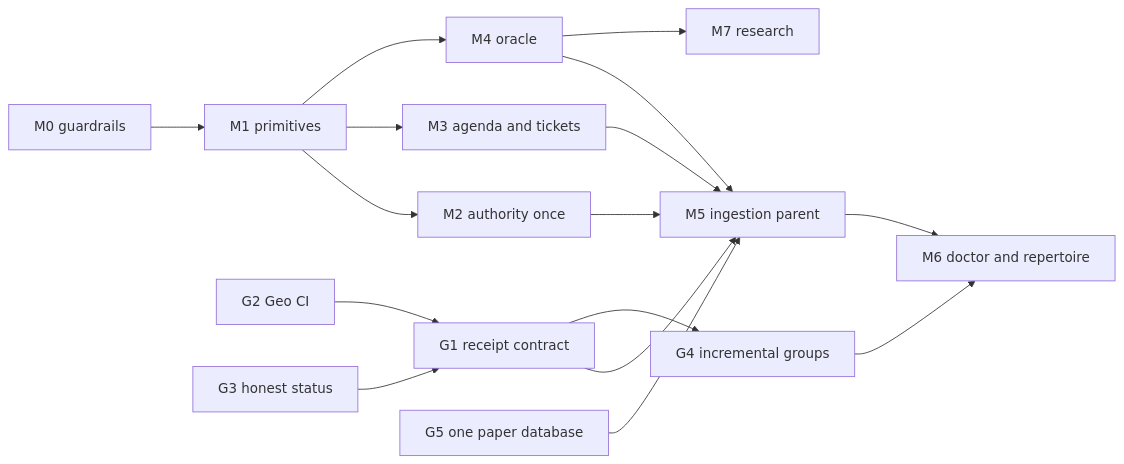
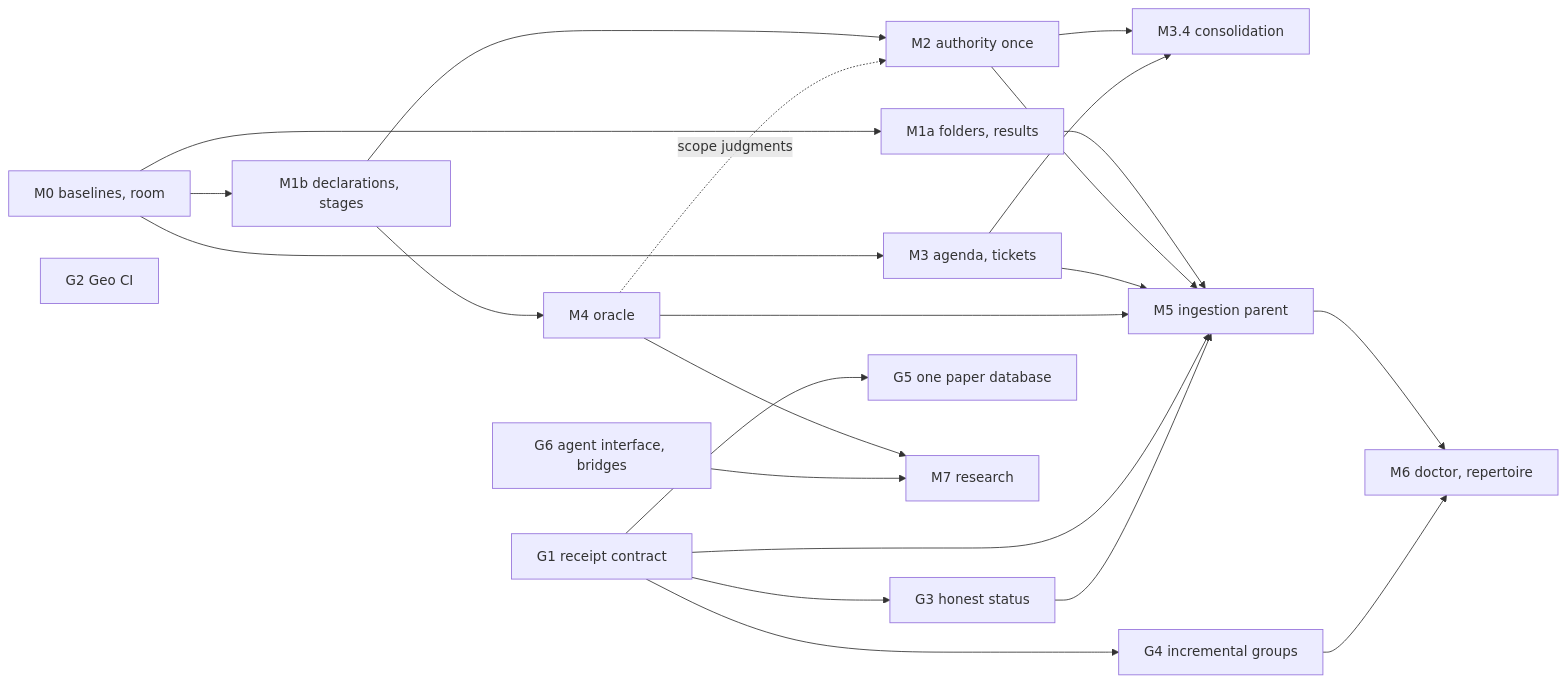
One commit to Jake36999/Librarian_V2 changed the diagram in docs/proposals/implementation-plan-2026-11.md. Above: the diagram before and after it, drawn with Mermaid. The commit also changed other lines of this file and 70 other files, not shown here.

````diff
--- a/docs/proposals/implementation-plan-2026-11.md
+++ b/docs/proposals/implementation-plan-2026-11.md
@@ -171,18 +290,25 @@
 ```mermaid
 flowchart LR
-  M0["M0 guardrails"] --> M1["M1 primitives"]
-  M1 --> M2["M2 authority once"]
-  M1 --> M3["M3 agenda and tickets"]
-  M2 --> M5["M5 ingestion parent"]
+  M0["M0 baselines, room"] --> M1a["M1a folders, results"]
+  M0 --> M1b["M1b declarations, stages"]
+  M0 --> M3["M3 agenda, tickets"]
+  M1b --> M2["M2 authority once"]
+  M1b --> M4["M4 oracle"]
+  M2 --> M3c["M3.4 consolidation"]
+  M3 --> M3c
+  M4 -. scope judgments .-> M2
+  M1a --> M5["M5 ingestion parent"]
+  M2 --> M5
   M3 --> M5
-  M1 --> M4["M4 oracle"]
   M4 --> M5
-  M5 --> M6["M6 doctor and repertoire"]
+  G1["G1 receipt contract"] --> G3["G3 honest status"]
+  G1 --> G4["G4 incremental groups"]
+  G1 --> M5
+  G3 --> M5
+  G2["G2 Geo CI"]
+  G1 --> G5["G5 one paper database"]
+  M5 --> M6["M6 doctor, repertoire"]
+  G4 --> M6
   M4 --> M7["M7 research"]
-  G1["G1 receipt contract"] --> M5
-  G1 --> G4["G4 incremental groups"]
-  G2["G2 Geo CI"] --> G1
-  G3["G3 honest status"] --> G1
-  G4 --> M6
-  G5["G5 one paper database"] --> M5
+  G6["G6 agent interface, bridges"] --> M7
 ```
````
